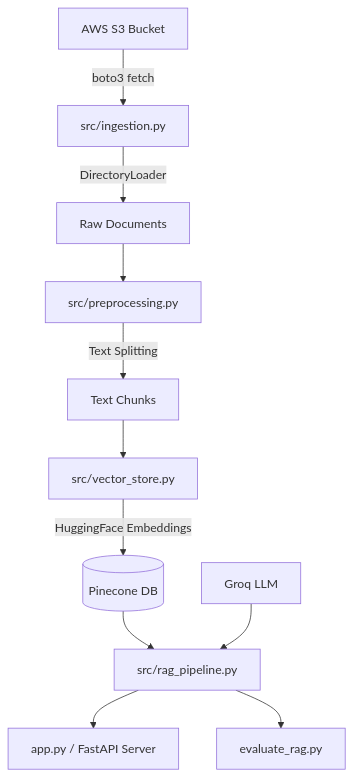
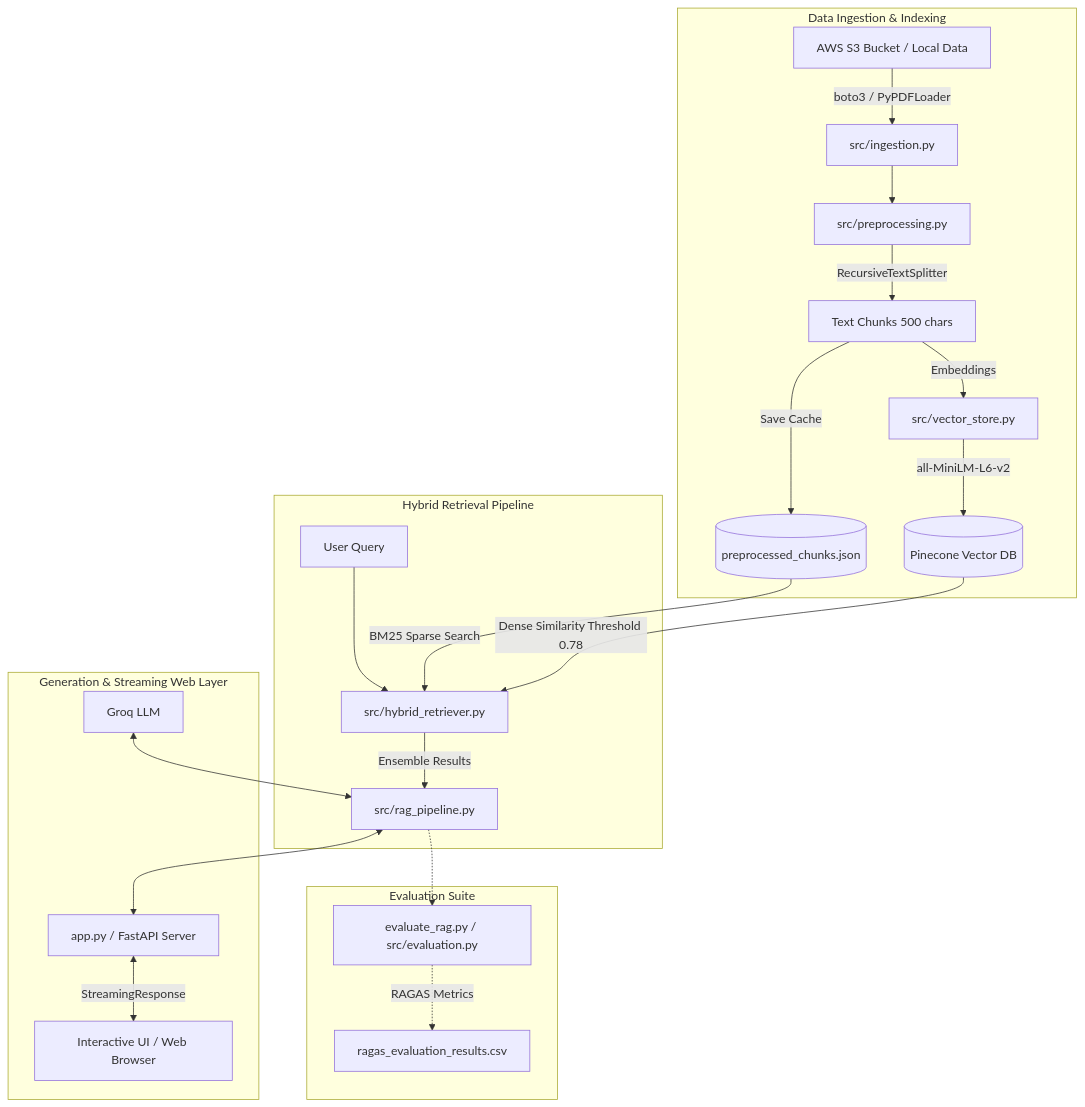
Before and after one commit to arup04/Medical-Chatbot-Project: the diagram in README.md, drawn with Mermaid. The commit also changed other lines of this file, not shown here.

Commit message:
docs: update README.md for ui_and_hybrid_search branch

````diff
--- a/README.md
+++ b/README.md
@@ -11,13 +22,29 @@
 ```mermaid
 graph TD
-    A[AWS S3 Bucket] -->|boto3 fetch| B[src/ingestion.py]
-    B -->|DirectoryLoader| C[Raw Documents]
-    C --> D[src/preprocessing.py]
-    D -->|Text Splitting| E[Text Chunks]
-    E --> F[src/vector_store.py]
-    F -->|HuggingFace Embeddings| G[(Pinecone DB)]
-    G --> H[src/rag_pipeline.py]
-    I[Groq LLM] --> H
-    H --> J[app.py / FastAPI Server]
-    H --> K[evaluate_rag.py]
+    subgraph Data Ingestion & Indexing
+        A[AWS S3 Bucket / Local Data] -->|boto3 / PyPDFLoader| B[src/ingestion.py]
+        B --> C[src/preprocessing.py]
+        C -->|RecursiveTextSplitter| D[Text Chunks 500 chars]
+        D -->|Save Cache| E[(preprocessed_chunks.json)]
+        D -->|Embeddings| F[src/vector_store.py]
+        F -->|all-MiniLM-L6-v2| G[(Pinecone Vector DB)]
+    end
+
+    subgraph Hybrid Retrieval Pipeline
+        H[User Query] --> I[src/hybrid_retriever.py]
+        E -->|BM25 Sparse Search| I
+        G -->|Dense Similarity Threshold 0.78| I
+        I -->|Ensemble Results| J[src/rag_pipeline.py]
+    end
+
+    subgraph Generation & Streaming Web Layer
+        K[Groq LLM] <--> J
+        J <--> L[app.py / FastAPI Server]
+        L <-->|StreamingResponse| M[Interactive UI / Web Browser]
+    end
+
+    subgraph Evaluation Suite
+        J -.-> N[evaluate_rag.py / src/evaluation.py]
+        N -.->|RAGAS Metrics| O[ragas_evaluation_results.csv]
+    end
 ```
````
